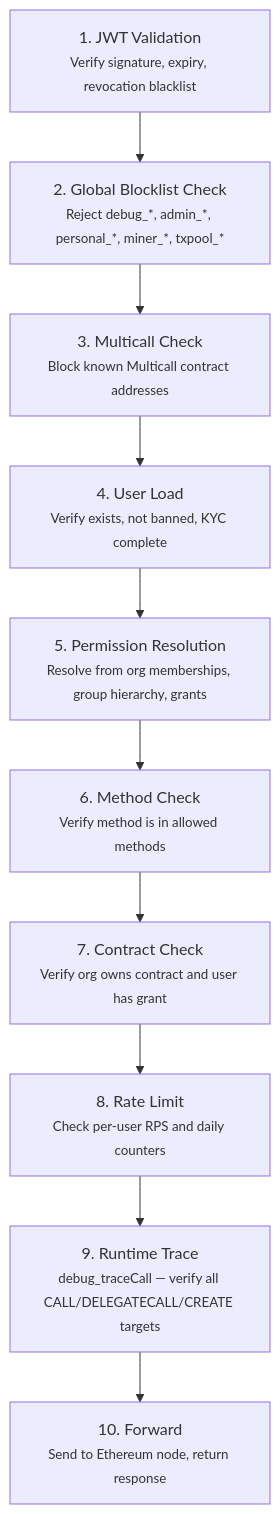
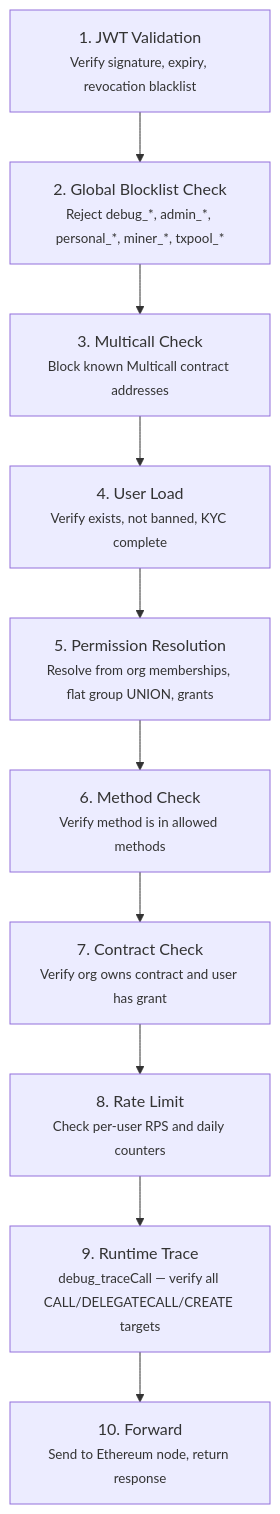
The second of 3 diagrams in site/src/app/docs/architecture/page.mdx (alainncls/open-privacy-suite), drawn with Mermaid before and after one commit. The commit also changed other lines of this file and 3 other files, not shown here.

````diff
--- a/site/src/app/docs/architecture/page.mdx
+++ b/site/src/app/docs/architecture/page.mdx
@@ -63,15 +63,15 @@
 ```mermaid
 graph TD
     A["1. JWT Validation<br/><small>Verify signature, expiry, revocation blacklist</small>"]
     B["2. Global Blocklist Check<br/><small>Reject debug_*, admin_*, personal_*, miner_*, txpool_*</small>"]
     C["3. Multicall Check<br/><small>Block known Multicall contract addresses</small>"]
     D["4. User Load<br/><small>Verify exists, not banned, KYC complete</small>"]
-    E["5. Permission Resolution<br/><small>Resolve from org memberships, group hierarchy, grants</small>"]
+    E["5. Permission Resolution<br/><small>Resolve from org memberships, flat group UNION, grants</small>"]
     F["6. Method Check<br/><small>Verify method is in allowed methods</small>"]
     G["7. Contract Check<br/><small>Verify org owns contract and user has grant</small>"]
     H["8. Rate Limit<br/><small>Check per-user RPS and daily counters</small>"]
     I["9. Runtime Trace<br/><small>debug_traceCall — verify all CALL/DELEGATECALL/CREATE targets</small>"]
     J["10. Forward<br/><small>Send to Ethereum node, return response</small>"]
 
     A --> B --> C --> D --> E --> F --> G --> H --> I --> J
 ```
````
